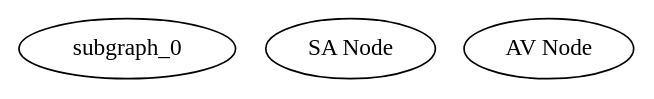
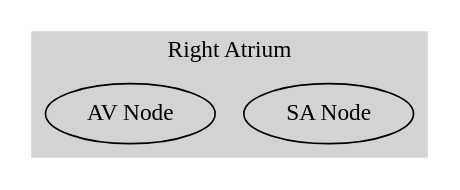
The diagram in NURS380_Practicum/Topics/EKG/EKG and Rhythms.md (meirisoda/school_spring2024), drawn with Graphviz before and after one commit. The commit also changed 1 other file, not shown here.

Commit message:
vault backup: 2024-02-19 16:49:15

````diff
--- a/NURS380_Practicum/Topics/EKG/EKG and Rhythms.md
+++ b/NURS380_Practicum/Topics/EKG/EKG and Rhythms.md
@@ -175,12 +175,14 @@
 ```dot
 digraph G {
-	subgraph_0{
+	subgraph cluster_0{
 		label="Right Atrium";
 		style=filled;
 		color=lightgrey;
 		A [label="SA Node"];
 		B [label="AV Node"];
 	}
+
+
 	
 }
 ```
````
